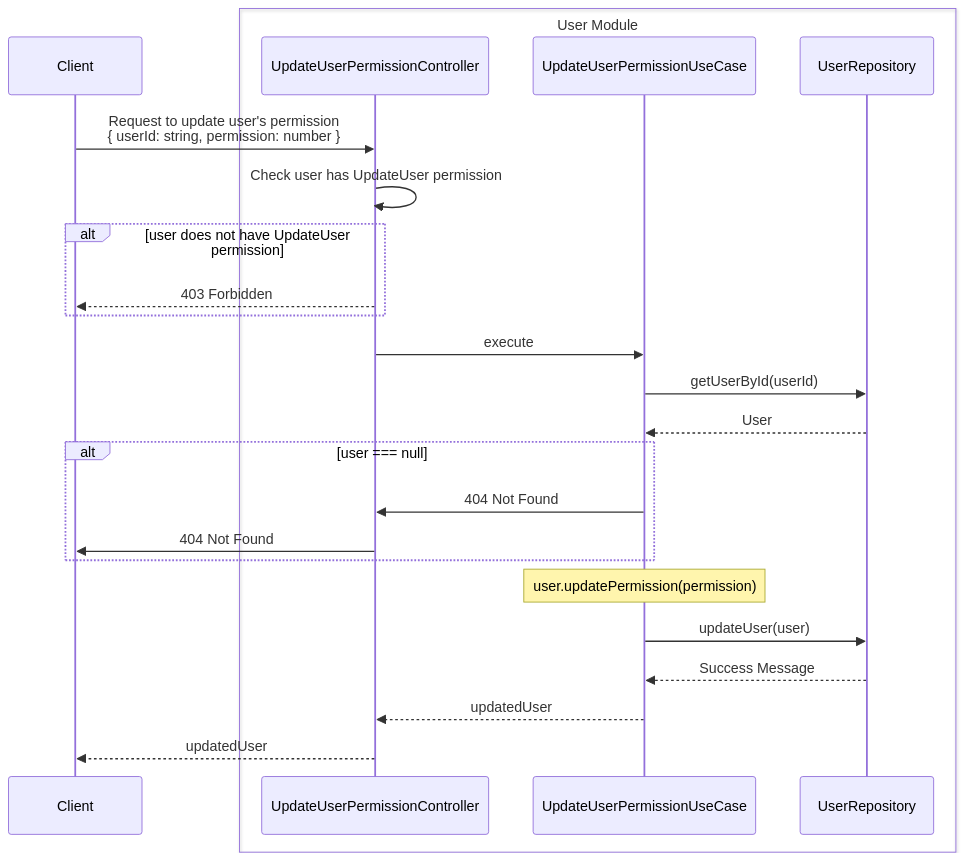
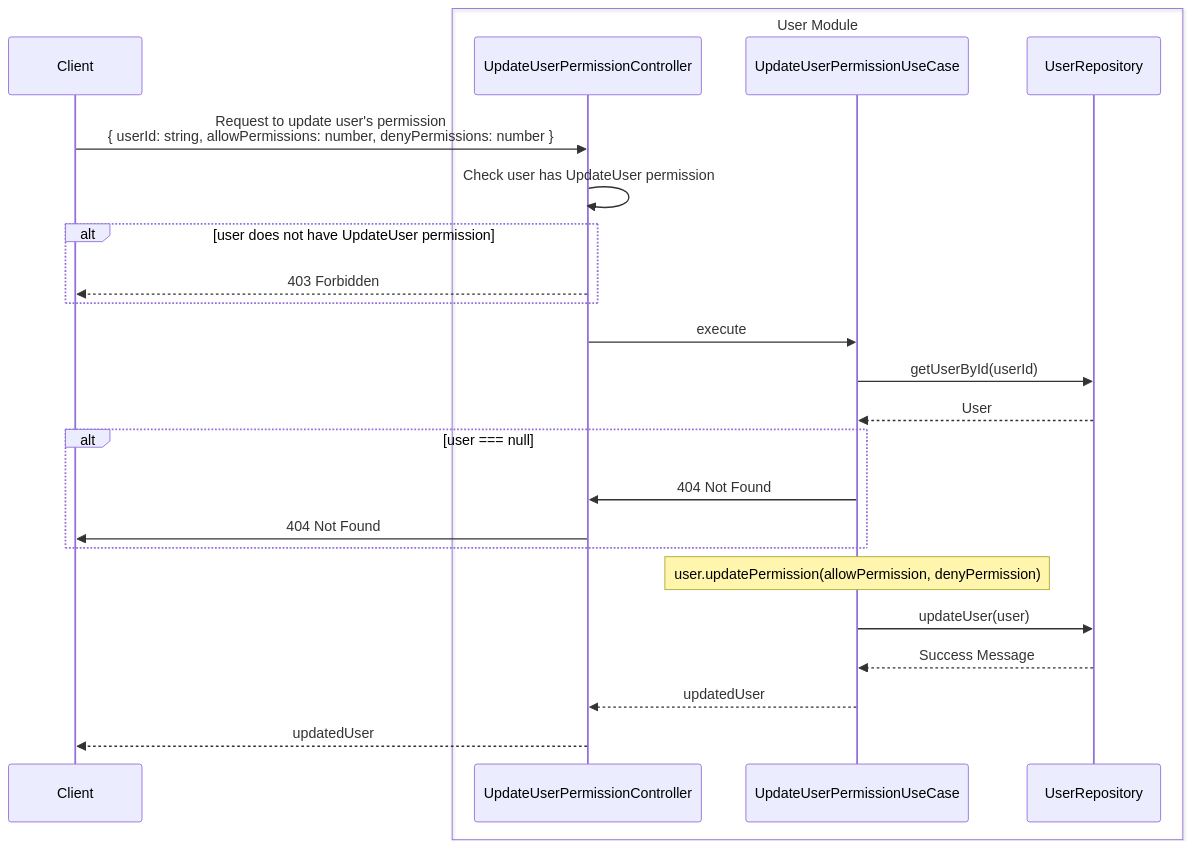
One commit to ThesisVault/thesis-vault changed the diagram in docs/diagrams/user/useCase/updateUserPermissionUseCase.sequence.md. Above: the diagram before and after it, drawn with Mermaid. The commit also changed 15 other files, not shown here.

Commit message:
change implementation of updateUserPermission

````diff
--- a/docs/diagrams/user/useCase/updateUserPermissionUseCase.sequence.md
+++ b/docs/diagrams/user/useCase/updateUserPermissionUseCase.sequence.md
@@ -3,31 +3,31 @@
 ```mermaid
 sequenceDiagram
     participant Client
 
     box User Module
         participant UpdateUserPermissionController
         participant UpdateUserPermissionUseCase
         participant UserRepository
     end
 
-    Client ->> UpdateUserPermissionController: Request to update user's permission <br/> { userId: string, permission: number }
+    Client ->> UpdateUserPermissionController: Request to update user's permission <br/> { userId: string, allowPermissions: number, denyPermissions: number }
     UpdateUserPermissionController ->> UpdateUserPermissionController: Check user has UpdateUser permission
     alt user does not have UpdateUser permission
         UpdateUserPermissionController -->> Client: 403 Forbidden
     end
 
     UpdateUserPermissionController ->> UpdateUserPermissionUseCase: execute
     UpdateUserPermissionUseCase ->> UserRepository: getUserById(userId)
     UserRepository -->> UpdateUserPermissionUseCase: User
 
     alt user === null
         UpdateUserPermissionUseCase ->> UpdateUserPermissionController: 404 Not Found
         UpdateUserPermissionController ->> Client: 404 Not Found
     end
 
-    Note over UpdateUserPermissionUseCase: user.updatePermission(permission)
+    Note over UpdateUserPermissionUseCase: user.updatePermission(allowPermission, denyPermission)
     UpdateUserPermissionUseCase ->> UserRepository: updateUser(user)
     UserRepository -->> UpdateUserPermissionUseCase: Success Message
     UpdateUserPermissionUseCase -->> UpdateUserPermissionController: updatedUser
     UpdateUserPermissionController -->> Client: updatedUser
 ```
````
